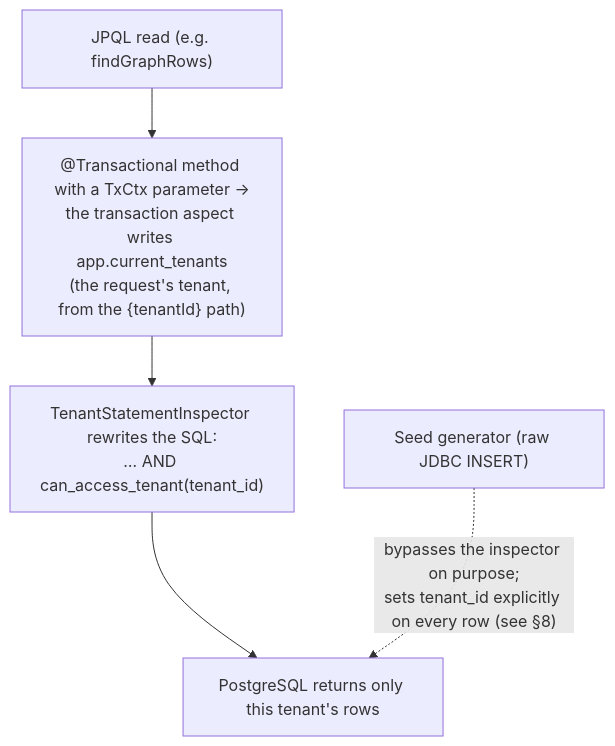
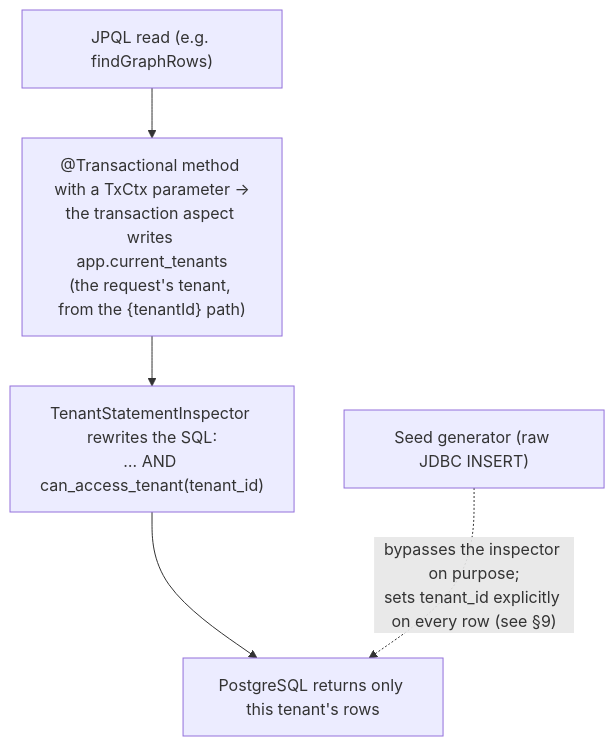
One commit to OpenAEV-Platform/openaev changed the fifth of 6 diagrams in docs/docs/development/attack-path.md. Above: the diagram before and after it, drawn with Mermaid. The commit also changed other lines of this file and 16 other files, not shown here.

````diff
--- a/docs/docs/development/attack-path.md
+++ b/docs/docs/development/attack-path.md
@@ -214,9 +214,9 @@
 ```mermaid
 flowchart TB
     Q["JPQL read (e.g. findGraphRows)"]
     TX["@Transactional method with a TxCtx parameter →<br/>the transaction aspect writes app.current_tenants<br/>(the request's tenant, from the {tenantId} path)"]
     INS["TenantStatementInspector rewrites the SQL:<br/>… AND can_access_tenant(tenant_id)"]
     PG["PostgreSQL returns only this tenant's rows"]
     Q --> TX --> INS --> PG
-    SEED["Seed generator (raw JDBC INSERT)"] -.->|"bypasses the inspector on purpose;<br/>sets tenant_id explicitly on every row (see §8)"| PG
+    SEED["Seed generator (raw JDBC INSERT)"] -.->|"bypasses the inspector on purpose;<br/>sets tenant_id explicitly on every row (see §9)"| PG
 ```
````
